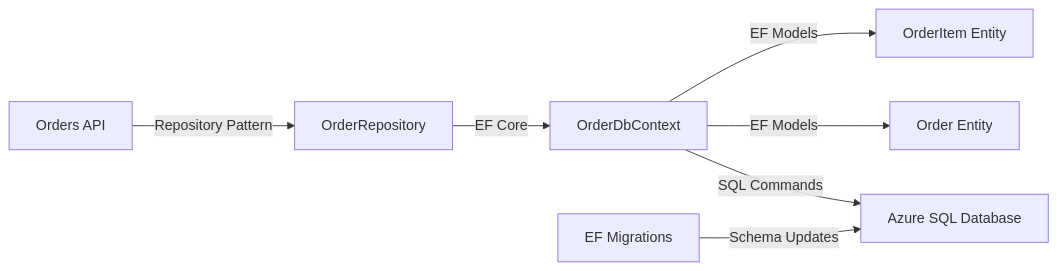
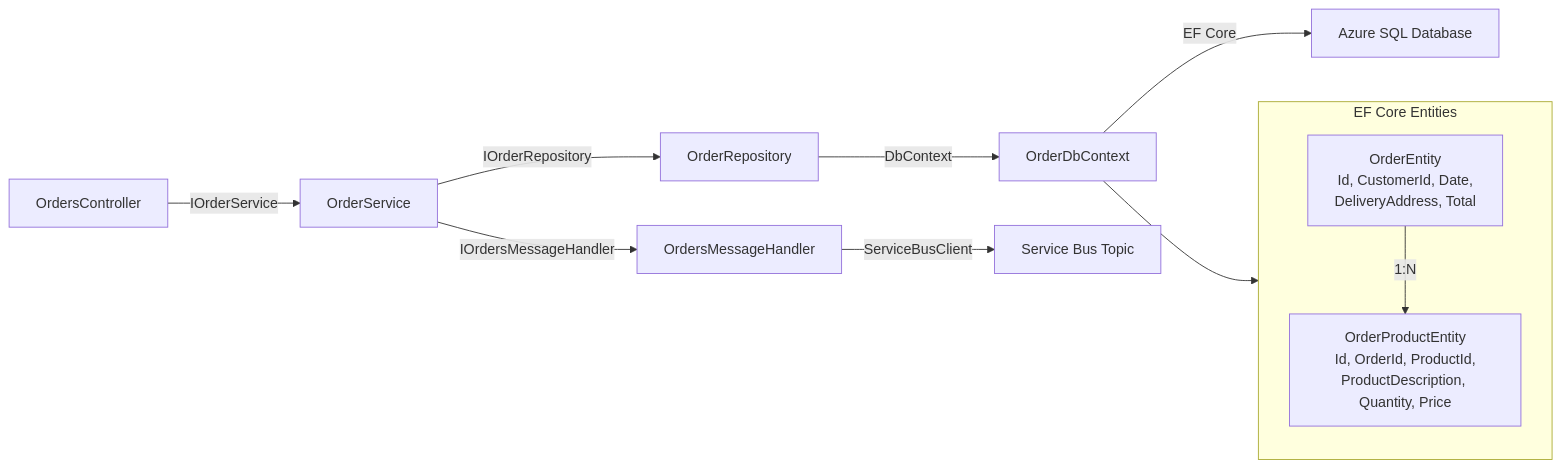
Before and after one commit to Evilazaro/Azure-LogicApps-Monitoring: the tenth of 15 diagrams in README.MD, drawn with Mermaid. The commit also changed other lines of this file, not shown here.

First line of the commit message:
Enhance README.MD with detailed architecture and component descriptions

````diff
--- a/README.MD
+++ b/README.MD
@@ -250,11 +319,18 @@
 ```mermaid
 flowchart LR
-    API["Orders API"] -->|"Repository Pattern"| Repository["OrderRepository"]
-    Repository -->|"EF Core"| DbContext["OrderDbContext"]
-    DbContext -->|"SQL Commands"| AzureSQL["Azure SQL Database"]
+    Controller["OrdersController"] -->|"IOrderService"| Service["OrderService"]
+    Service -->|"IOrderRepository"| Repository["OrderRepository"]
+    Repository -->|"DbContext"| DbContext["OrderDbContext"]
+    DbContext -->|"EF Core"| SQLServer["Azure SQL Database"]
     
-    DbContext -->|"EF Models"| Order["Order Entity"]
-    DbContext -->|"EF Models"| OrderItem["OrderItem Entity"]
+    Service -->|"IOrdersMessageHandler"| MessageHandler["OrdersMessageHandler"]
+    MessageHandler -->|"ServiceBusClient"| ServiceBus["Service Bus Topic"]
     
-    Migration["EF Migrations"] -->|"Schema Updates"| AzureSQL
+    subgraph Entities["EF Core Entities"]
+        OrderEntity["OrderEntity<br/>Id, CustomerId, Date,<br/>DeliveryAddress, Total"]
+        OrderProductEntity["OrderProductEntity<br/>Id, OrderId, ProductId,<br/>ProductDescription, Quantity, Price"]
+        OrderEntity -->|"1:N"| OrderProductEntity
+    end
+    
+    DbContext --> Entities
 ```
````
